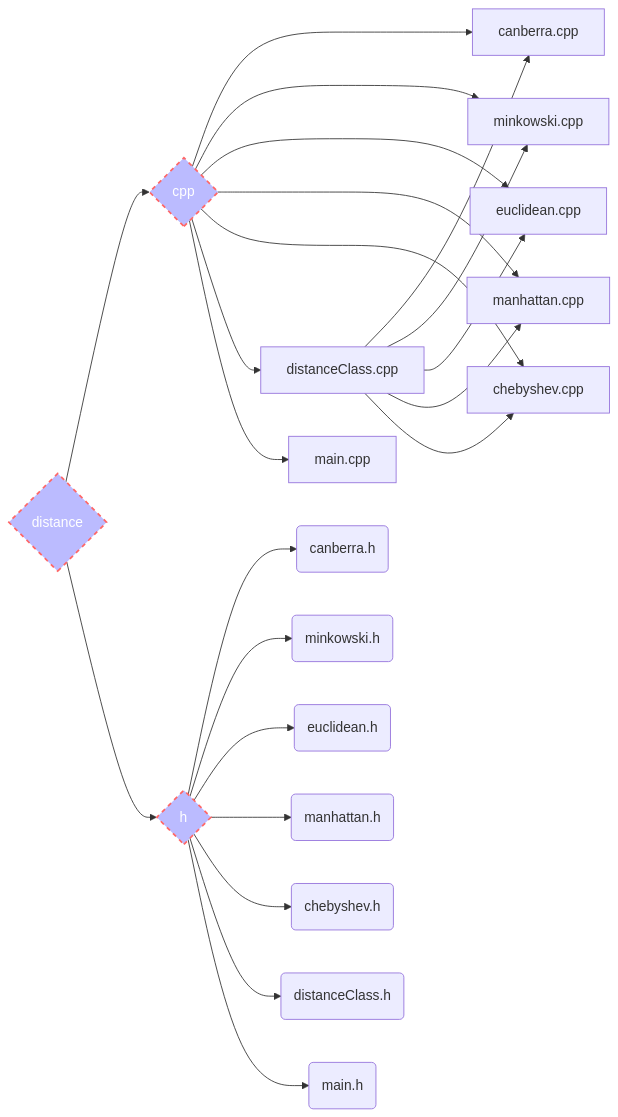
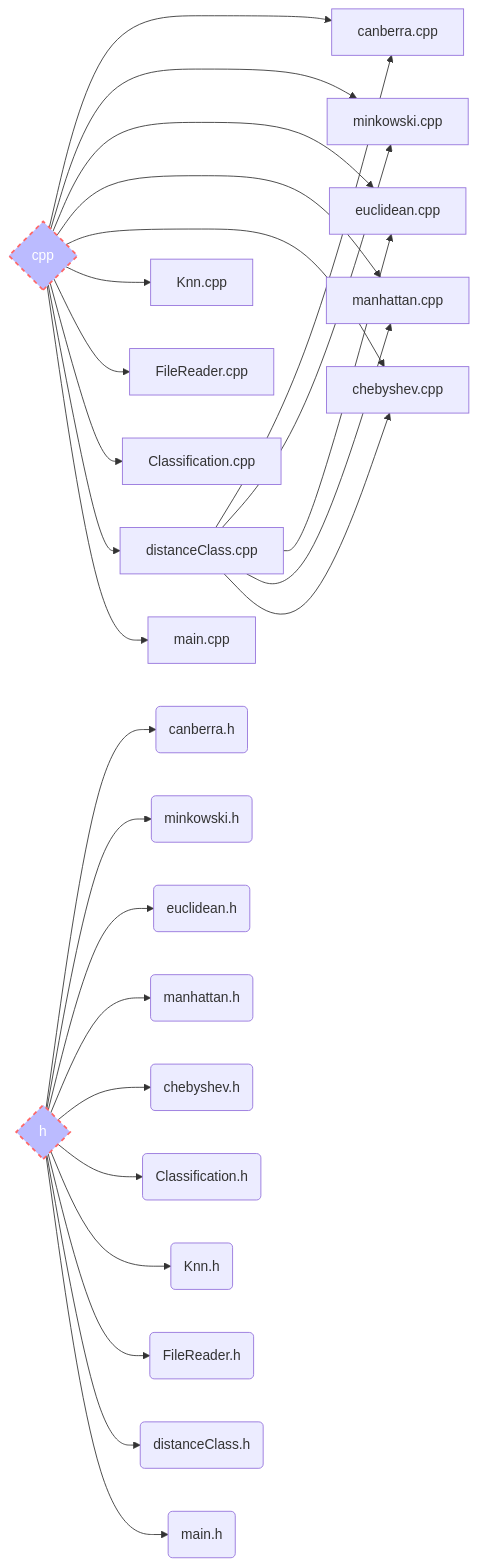
Before and after one commit to zildogga/KNN-and-Sockets: the second of 2 diagrams in README.md, drawn with Mermaid. The commit also changed other lines of this file, not shown here.

````diff
--- a/README.md
+++ b/README.md
@@ -107,28 +118,31 @@
 ```mermaid
 flowchart LR;
-id1{distance}-->id2(cpp)
-id1{distance}-->id3(h)
 id2{cpp}-->canberra.cpp
 id2{cpp}-->minkowski.cpp
 id2{cpp}-->euclidean.cpp
 id2{cpp}-->manhattan.cpp
 id2{cpp}-->chebyshev.cpp
+id2{cpp}-->Knn.cpp
+id2{cpp}-->FileReader.cpp
+id2{cpp}-->Classification.cpp
 id2{cpp}-->distanceClass.cpp
 distanceClass.cpp-->canberra.cpp
 distanceClass.cpp-->minkowski.cpp
 distanceClass.cpp-->euclidean.cpp
 distanceClass.cpp-->manhattan.cpp
 distanceClass.cpp-->chebyshev.cpp
 id2{cpp}-->main.cpp
 id3{h}-->canberra.h(canberra.h)
 id3{h}-->minkowski.h(minkowski.h)
 id3{h}-->euclidean.h(euclidean.h)
 id3{h}-->manhattan.h(manhattan.h)
 id3{h}-->chebyshev.h(chebyshev.h)
+id3{h}-->Classification.h(Classification.h)
+id3{h}-->Knn.h(Knn.h)
+id3{h}-->FileReader.h(FileReader.h)
 id3{h}-->distanceClass.h(distanceClass.h)
 id3{h}-->main.h(main.h)
-style id1 fill:#bbf,stroke:#f66,stroke-width:2px,color:#fff,stroke-dasharray: 5 5
 style id2 fill:#bbf,stroke:#f66,stroke-width:2px,color:#fff,stroke-dasharray: 5 5
 style id3 fill:#bbf,stroke:#f66,stroke-width:2px,color:#fff,stroke-dasharray: 5 5
 
 ```
````
